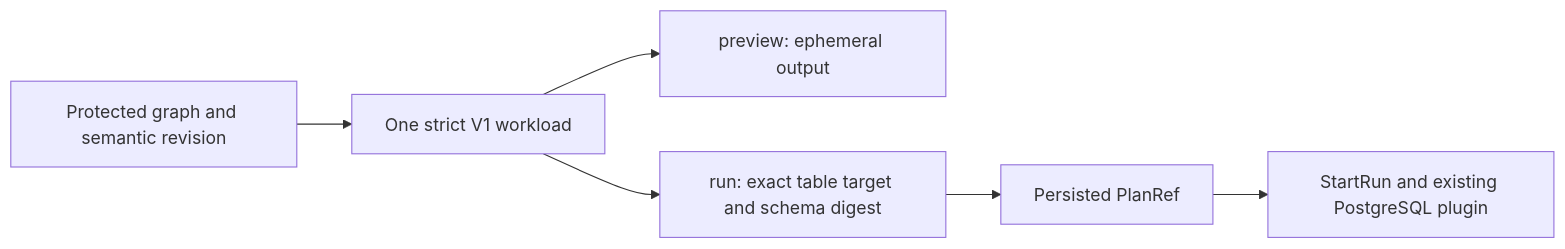
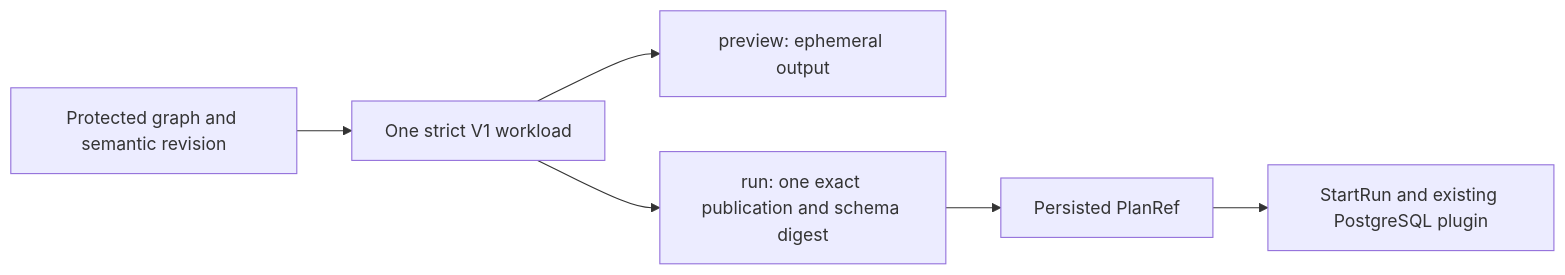
One commit to dunay2/dvt changed the second of 2 diagrams in docs/contracts/planner/dvt-operational-workload-v1.md. Above: the diagram before and after it, drawn with Mermaid. The commit also changed other lines of this file and 56 other files, not shown here.

Commit message:
feat(contracts): Admit one explicit PostgreSQL Sink publication

````diff
--- a/docs/contracts/planner/dvt-operational-workload-v1.md
+++ b/docs/contracts/planner/dvt-operational-workload-v1.md
@@ -21,8 +74,8 @@
 ```mermaid
 flowchart LR
   Draft[Protected graph and semantic revision] --> V1[One strict V1 workload]
   V1 --> Preview[preview: ephemeral output]
-  V1 --> Run[run: exact table target and schema digest]
+  V1 --> Run[run: one exact publication and schema digest]
   Run --> Plan[Persisted PlanRef]
   Plan --> Start[StartRun and existing PostgreSQL plugin]
 ```
````
